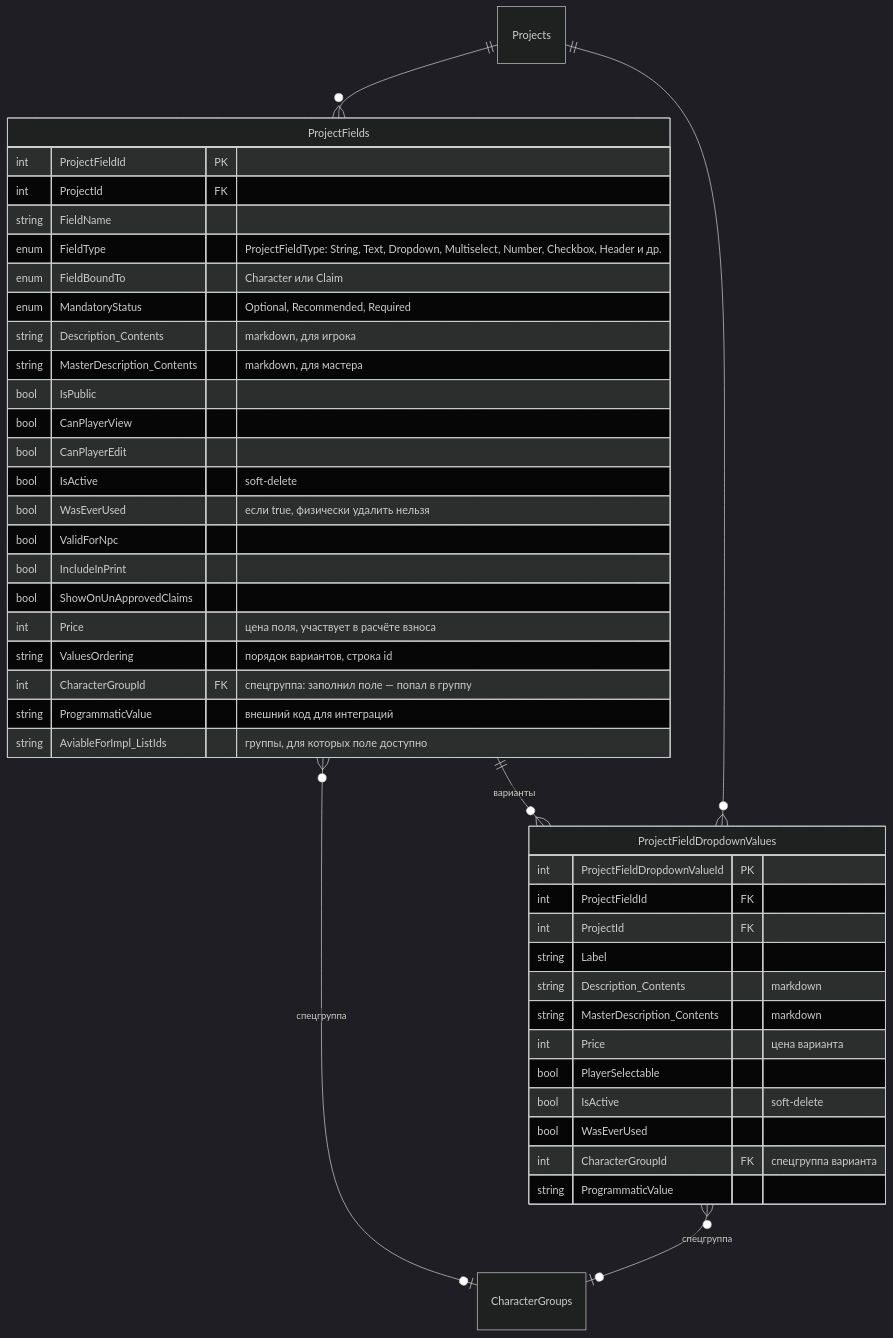
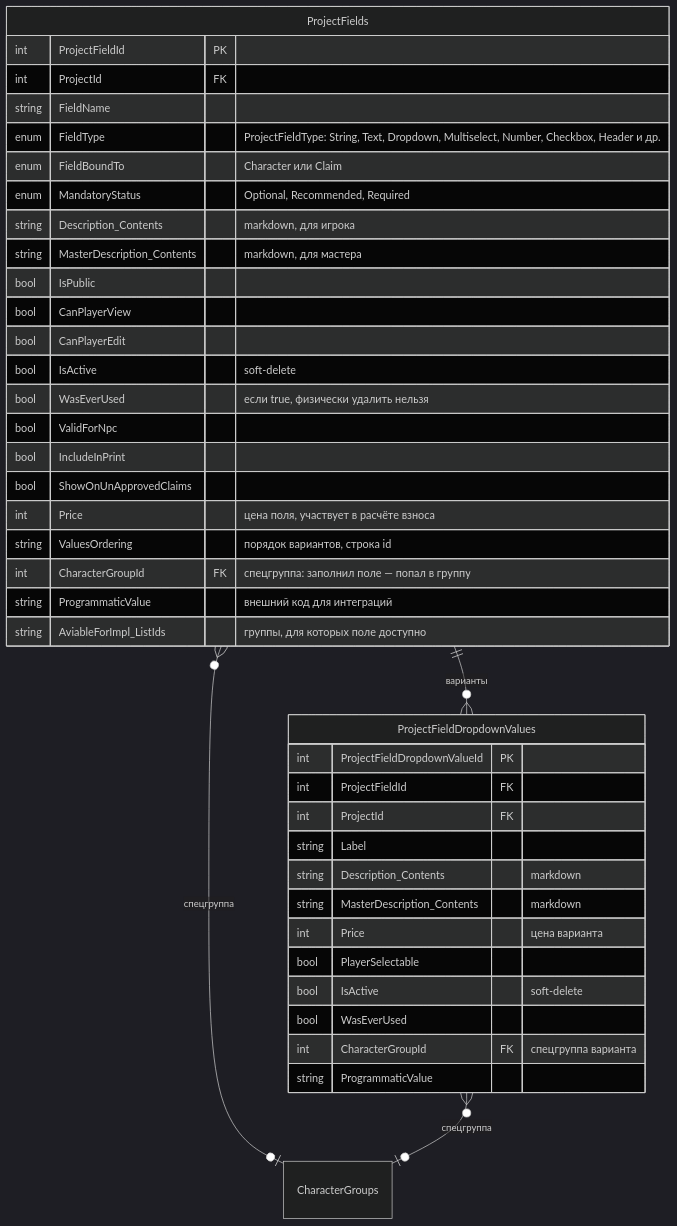
The third of 11 diagrams in docs/db-schema.md (joinrpg/joinrpg-net), drawn with Mermaid (dark theme) before and after one commit. The commit also changed other lines of this file, not shown here.

First line of the commit message:
docs: убрать из доменных диаграмм связи с Projects и служебные связи с Users

````diff
--- a/docs/db-schema.md
+++ b/docs/db-schema.md
@@ -230,47 +236,45 @@
 ```mermaid
 erDiagram
     ProjectFields {
         int ProjectFieldId PK
         int ProjectId FK
         string FieldName
         enum FieldType "ProjectFieldType: String, Text, Dropdown, Multiselect, Number, Checkbox, Header и др."
         enum FieldBoundTo "Character или Claim"
         enum MandatoryStatus "Optional, Recommended, Required"
         string Description_Contents "markdown, для игрока"
         string MasterDescription_Contents "markdown, для мастера"
         bool IsPublic
         bool CanPlayerView
         bool CanPlayerEdit
         bool IsActive "soft-delete"
         bool WasEverUsed "если true, физически удалить нельзя"
         bool ValidForNpc
         bool IncludeInPrint
         bool ShowOnUnApprovedClaims
         int Price "цена поля, участвует в расчёте взноса"
         string ValuesOrdering "порядок вариантов, строка id"
         int CharacterGroupId FK "спецгруппа: заполнил поле — попал в группу"
         string ProgrammaticValue "внешний код для интеграций"
         string AviableForImpl_ListIds "группы, для которых поле доступно"
     }
 
     ProjectFieldDropdownValues {
         int ProjectFieldDropdownValueId PK
         int ProjectFieldId FK
         int ProjectId FK
         string Label
         string Description_Contents "markdown"
         string MasterDescription_Contents "markdown"
         int Price "цена варианта"
         bool PlayerSelectable
         bool IsActive "soft-delete"
         bool WasEverUsed
         int CharacterGroupId FK "спецгруппа варианта"
         string ProgrammaticValue
     }
 
     ProjectFields ||--o{ ProjectFieldDropdownValues : "варианты"
-    Projects ||--o{ ProjectFields : ""
-    Projects ||--o{ ProjectFieldDropdownValues : ""
     ProjectFields }o--o| CharacterGroups : "спецгруппа"
     ProjectFieldDropdownValues }o--o| CharacterGroups : "спецгруппа"
 ```
````
